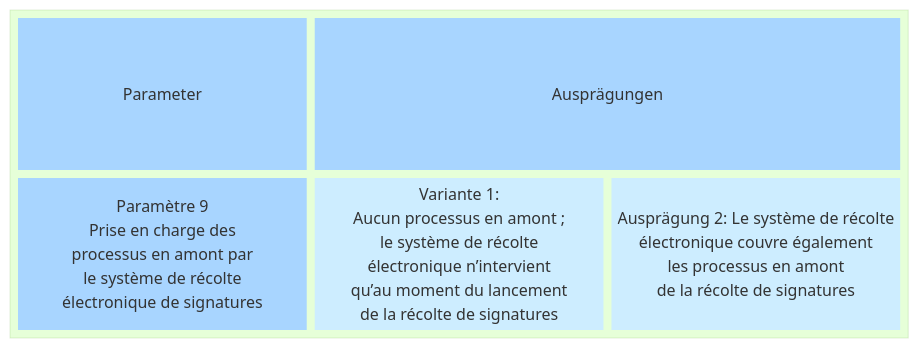
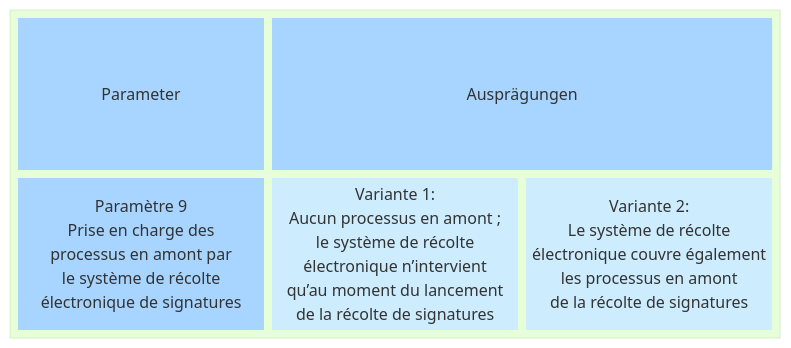
The first of 2 diagrams in docs/morphological-box/parameter-9.md (swiss/e-collecting), drawn with Mermaid (forest theme) before and after one commit.

````diff
--- a/docs/morphological-box/parameter-9.md
+++ b/docs/morphological-box/parameter-9.md
@@ -11,28 +11,29 @@
 ```mermaid
 block
   block
     columns 3
     t1["Parameter"]
     t2["Ausprägungen"]:2
     d["Paramètre 9
       Prise en charge des
       processus en amont par
       le système de récolte
       électronique de signatures"]
     a1["Variante 1:
       Aucun processus en amont ;
       le système de récolte
     électronique n’intervient
     qu’au moment du lancement
     de la récolte de signatures"]
-    a2["Ausprägung 2: Le système de récolte
+    a2["Variante 2:
+    Le système de récolte
     électronique couvre également
     les processus en amont
     de la récolte de signatures"]
     style t1 fill:#a8d5ff,stroke-width:0px
     style t2 fill:#a8d5ff,stroke-width:0px
     style d fill:#a8d5ff,stroke-width:0px,text-valign:top
     style a1 fill:#cdedff,stroke-width:0px
     style a2 fill:#cdedff,stroke-width:0px
   end
 ```
````
